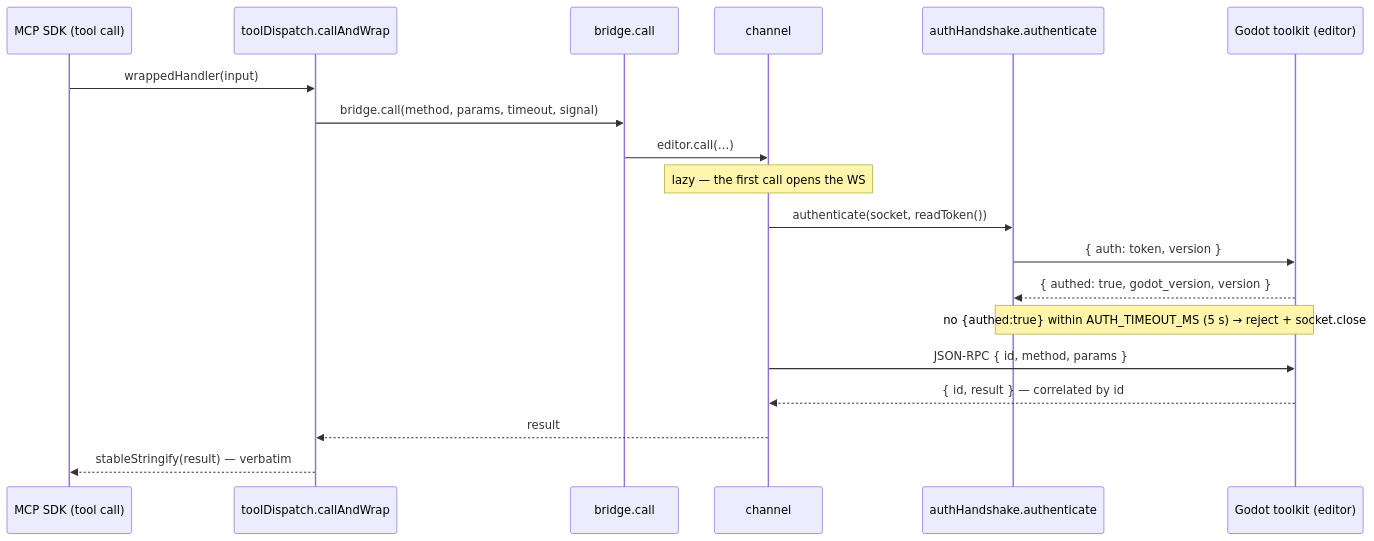
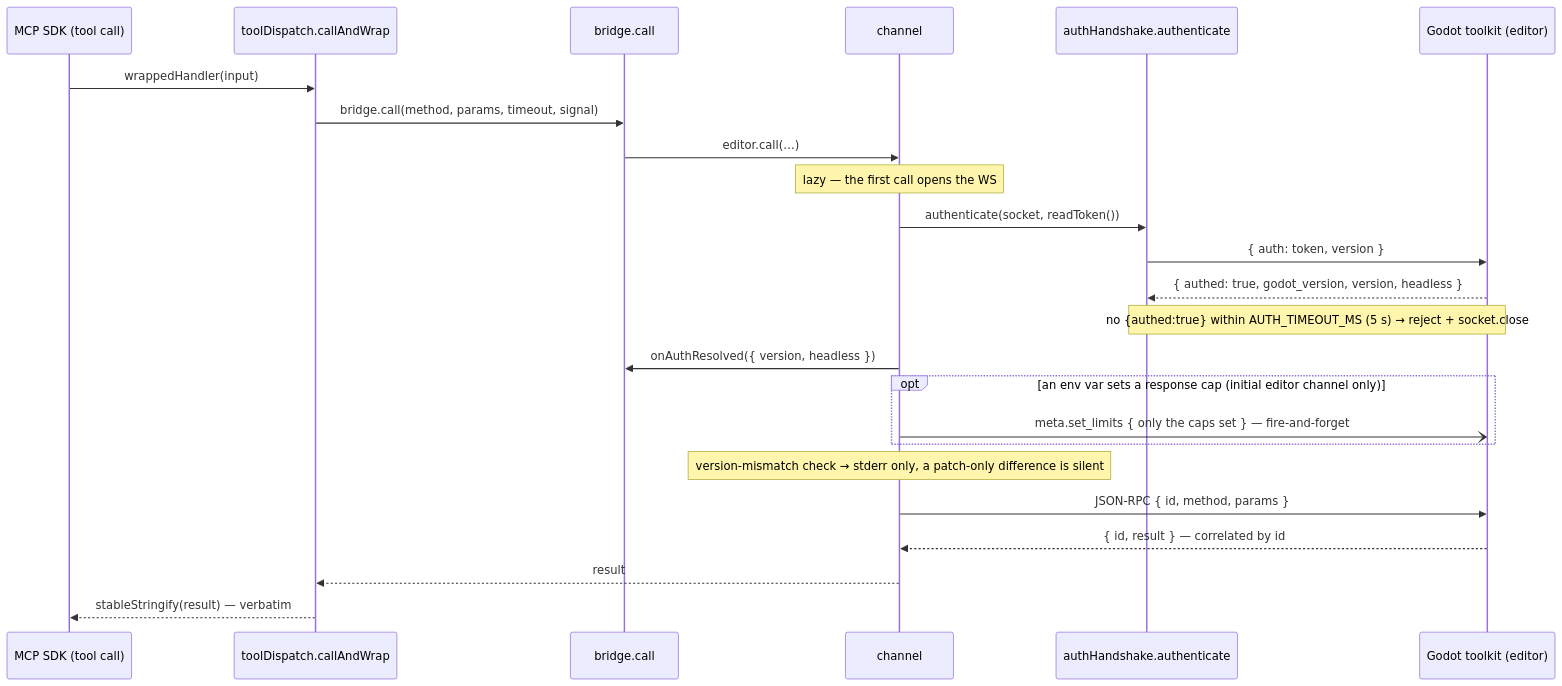
The fourth of 13 diagrams in docs/architecture/README.md (NPGameDev/godot-mcp-server), drawn with Mermaid before and after one commit. The commit also changed other lines of this file and 1 other file, not shown here.

First line of the commit message:
docs(arch): re-attest the stale architecture diagrams

````diff
--- a/docs/architecture/README.md
+++ b/docs/architecture/README.md
@@ -267,21 +270,26 @@
 ```mermaid
 sequenceDiagram
     participant SDK as MCP SDK (tool call)
     participant D as toolDispatch.callAndWrap
     participant B as bridge.call
     participant Ch as channel
     participant A as authHandshake.authenticate
     participant TK as Godot toolkit (editor)
     SDK->>D: wrappedHandler(input)
     D->>B: bridge.call(method, params, timeout, signal)
     B->>Ch: editor.call(…)
     Note over Ch: lazy — the first call opens the WS
     Ch->>A: authenticate(socket, readToken())
     A->>TK: { auth: token, version }
-    TK-->>A: { authed: true, godot_version, version }
+    TK-->>A: { authed: true, godot_version, version, headless }
     Note over A,TK: no {authed:true} within AUTH_TIMEOUT_MS (5 s) → reject + socket.close
+    Ch->>B: onAuthResolved({ version, headless })
+    opt an env var sets a response cap (initial editor channel only)
+        Ch-)TK: meta.set_limits { only the caps set } — fire-and-forget
+    end
+    Note over Ch: version-mismatch check → stderr only, a patch-only difference is silent
     Ch->>TK: JSON-RPC { id, method, params }
     TK-->>Ch: { id, result } — correlated by id
     Ch-->>D: result
     D-->>SDK: stableStringify(result) — verbatim
 ```
````
